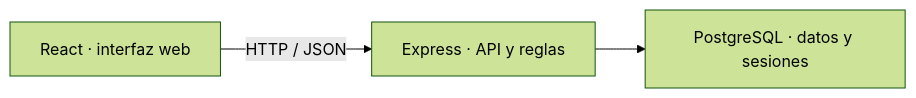
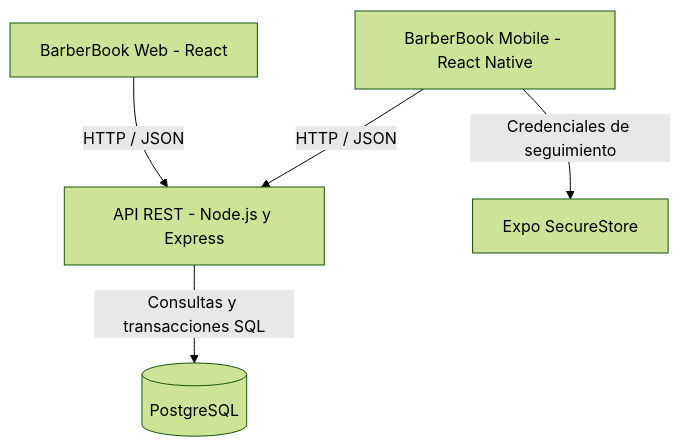
The diagram in README.md (MartinCerpa/BarberBook-Taller3-Corregido), drawn with Mermaid (forest theme) before and after one commit. The commit also changed other lines of this file and 11 other files, not shown here.

````diff
--- a/README.md
+++ b/README.md
@@ -23,5 +84,13 @@
 ```mermaid
-flowchart LR
-    React["React · interfaz web"] -->|HTTP / JSON| Express["Express · API y reglas"]
-    Express --> PostgreSQL["PostgreSQL · datos y sesiones"]
+flowchart TD
+    WEB["BarberBook Web - React"]
+    MOBILE["BarberBook Mobile - React Native"]
+    API["API REST - Node.js y Express"]
+    DB[("PostgreSQL")]
+    SECURE["Expo SecureStore"]
+
+    WEB -->|"HTTP / JSON"| API
+    MOBILE -->|"HTTP / JSON"| API
+    API -->|"Consultas y transacciones SQL"| DB
+    MOBILE -->|"Credenciales de seguimiento"| SECURE
 ```
````
